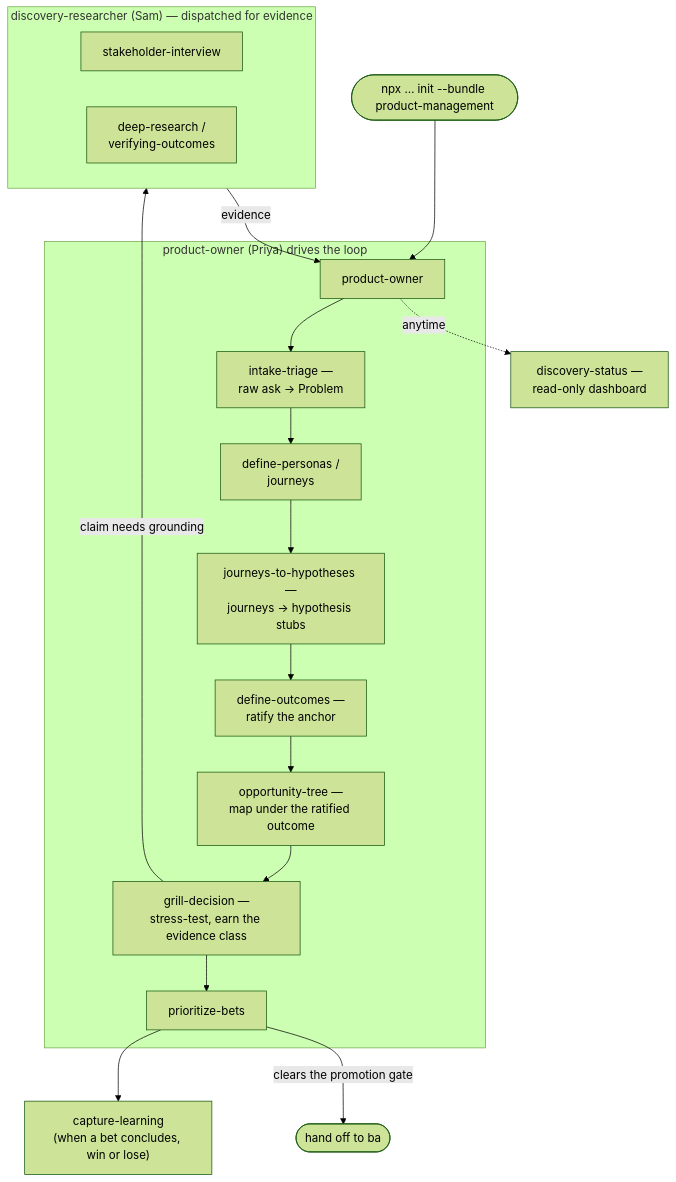
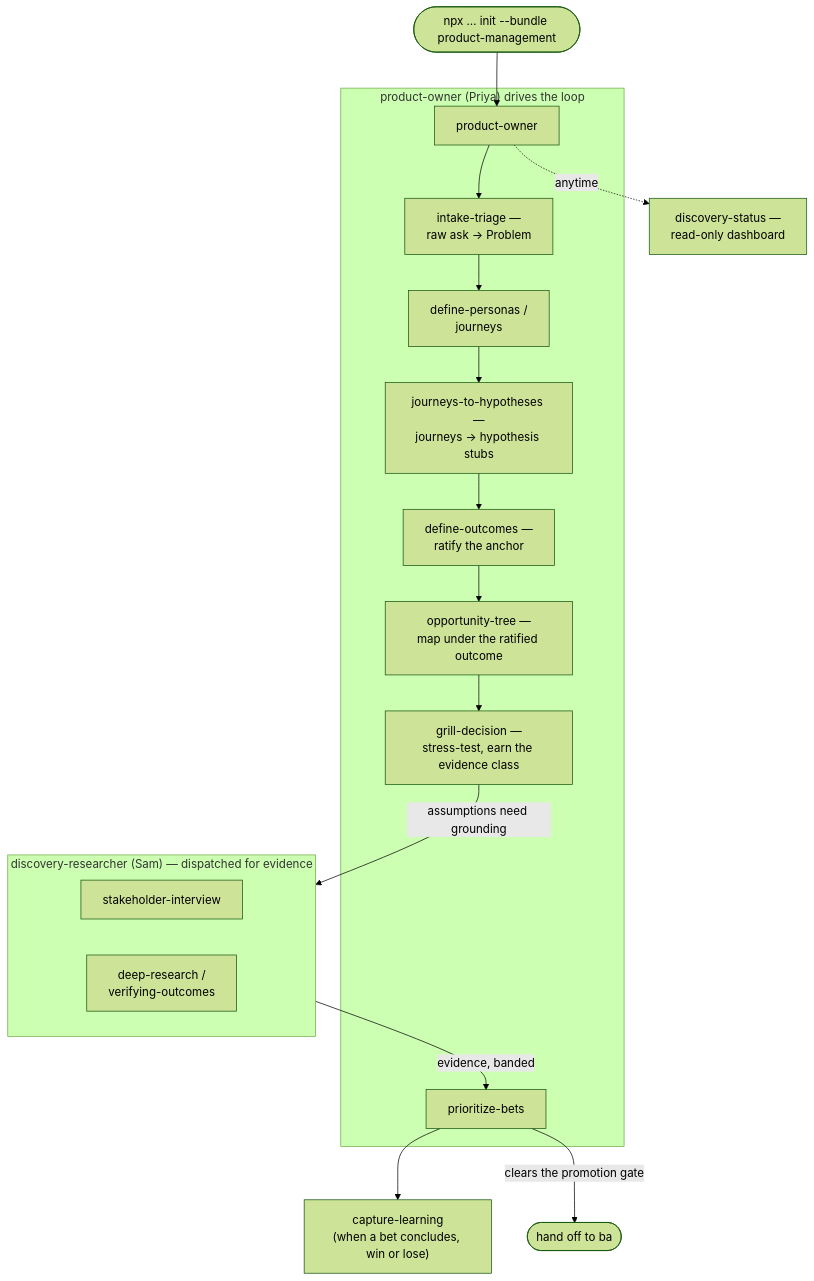
The diagram in bundles/product-management/README.md (arozumenko/sdlc-skills), drawn with Mermaid (forest theme) before and after one commit. The commit also changed other lines of this file and 8 other files, not shown here.

````diff
--- a/bundles/product-management/README.md
+++ b/bundles/product-management/README.md
@@ -45,29 +45,29 @@
 ```mermaid
 flowchart TD
     install(["npx … init --bundle product-management"]) --> po
 
     subgraph loop["product-owner (Priya) drives the loop"]
         po["product-owner"]
         intake["intake-triage —<br/>raw ask → Problem"]
         personas["define-personas /<br/>journeys"]
         hyp["journeys-to-hypotheses —<br/>journeys → hypothesis stubs"]
         anchor["define-outcomes —<br/>ratify the anchor"]
         tree["opportunity-tree —<br/>map under the ratified outcome"]
         grill["grill-decision —<br/>stress-test, earn the evidence class"]
         rank["prioritize-bets"]
-        po --> intake --> personas --> hyp --> anchor --> tree --> grill --> rank
+        po --> intake --> personas --> hyp --> anchor --> tree --> grill
     end
 
     subgraph research["discovery-researcher (Sam) — dispatched for evidence"]
         interview["stakeholder-interview"]
         deep["deep-research /<br/>verifying-outcomes"]
     end
 
-    grill -->|"claim needs grounding"| research
-    research -->|"evidence"| po
+    grill -->|"assumptions need grounding"| research
+    research -->|"evidence, banded"| rank
 
     rank --> learn["capture-learning<br/>(when a bet concludes, win or lose)"]
     po -.->|"anytime"| status["discovery-status —<br/>read-only dashboard"]
 
     rank -->|"clears the promotion gate"| ba(["hand off to ba"])
 ```
````
